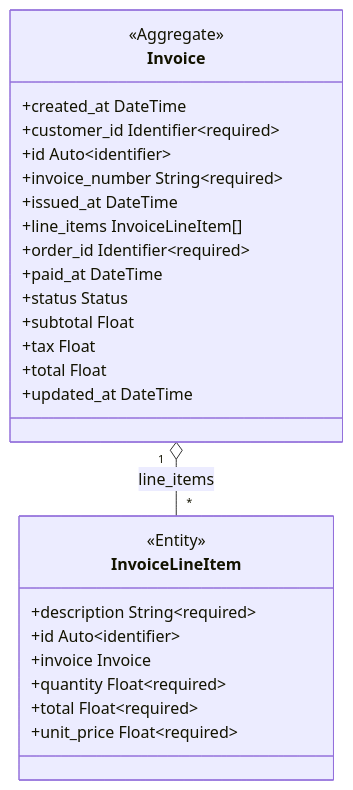
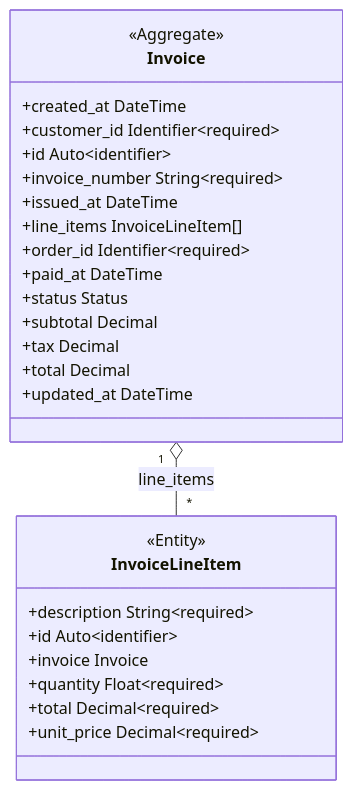
The first of 2 diagrams in docs/payments/clusters.md (proteanhq/shopstream), drawn with Mermaid before and after one commit. The commit also changed other lines of this file and 290 other files, not shown here.

First line of the commit message:
Move event money fields from Float to Decimal (#124)

````diff
--- a/docs/payments/clusters.md
+++ b/docs/payments/clusters.md
@@ -3,29 +3,29 @@
 ```mermaid
 classDiagram
     class payments_invoice_invoice_Invoice["Invoice"] {
         <<Aggregate>>
         +created_at DateTime
         +customer_id Identifier~required~
         +id Auto~identifier~
         +invoice_number String~required~
         +issued_at DateTime
         +line_items InvoiceLineItem[]
         +order_id Identifier~required~
         +paid_at DateTime
         +status Status
-        +subtotal Float
-        +tax Float
-        +total Float
+        +subtotal Decimal
+        +tax Decimal
+        +total Decimal
         +updated_at DateTime
     }
     class payments_invoice_invoice_InvoiceLineItem["InvoiceLineItem"] {
         <<Entity>>
         +description String~required~
         +id Auto~identifier~
         +invoice Invoice
         +quantity Float~required~
-        +total Float~required~
-        +unit_price Float~required~
+        +total Decimal~required~
+        +unit_price Decimal~required~
     }
     payments_invoice_invoice_Invoice "1" o-- "*" payments_invoice_invoice_InvoiceLineItem : line_items
 ```
````
